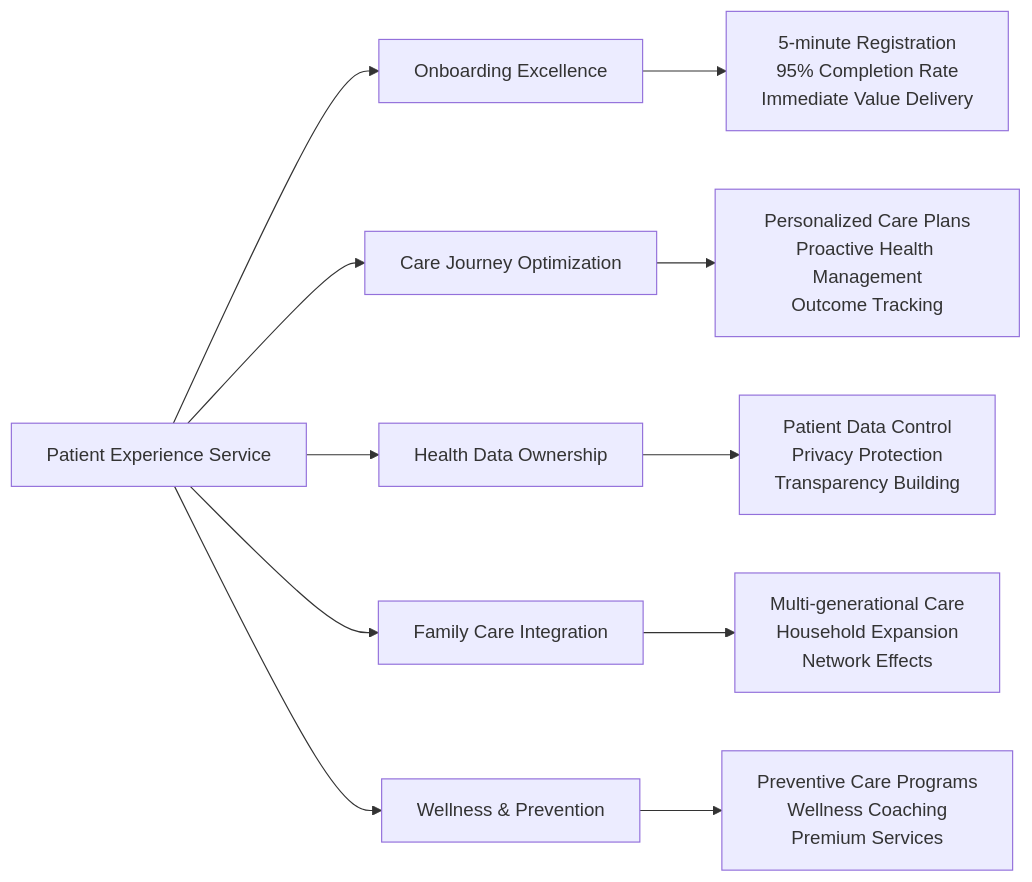
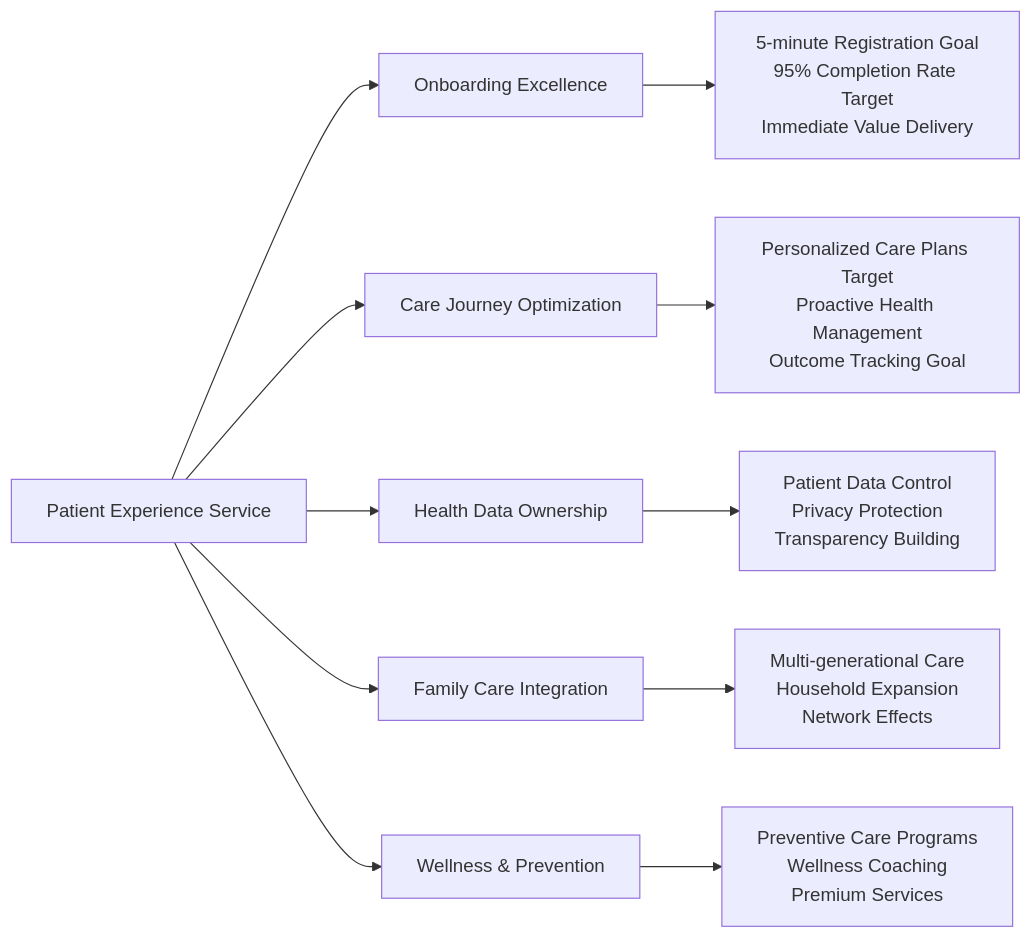
The sixth of 10 diagrams in chapters/05-service-layer.md (mydr24/book), drawn with Mermaid before and after one commit. The commit also changed other lines of this file and 15 other files, not shown here.

````diff
--- a/chapters/05-service-layer.md
+++ b/chapters/05-service-layer.md
@@ -149,14 +151,14 @@
 ```mermaid
 graph LR
     A[Patient Experience Service] --> B[Onboarding Excellence]
     A --> C[Care Journey Optimization]
     A --> D[Health Data Ownership]
     A --> E[Family Care Integration]
     A --> F[Wellness & Prevention]
     
-    B --> G[5-minute Registration<br/>95% Completion Rate<br/>Immediate Value Delivery]
-    C --> H[Personalized Care Plans<br/>Proactive Health Management<br/>Outcome Tracking]
+    B --> G[5-minute Registration Goal<br/>95% Completion Rate Target<br/>Immediate Value Delivery]
+    C --> H[Personalized Care Plans Target<br/>Proactive Health Management<br/>Outcome Tracking Goal]
     D --> I[Patient Data Control<br/>Privacy Protection<br/>Transparency Building]
     E --> J[Multi-generational Care<br/>Household Expansion<br/>Network Effects]
     F --> K[Preventive Care Programs<br/>Wellness Coaching<br/>Premium Services]
 ```
````
